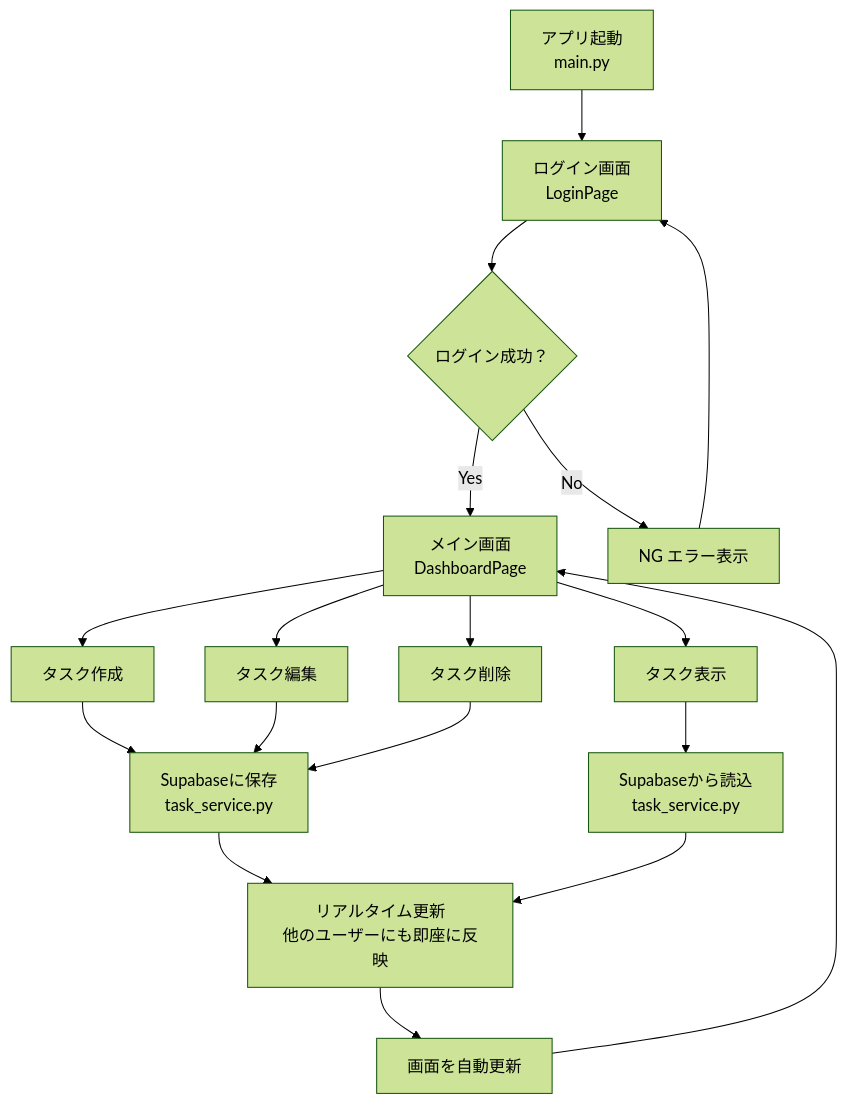
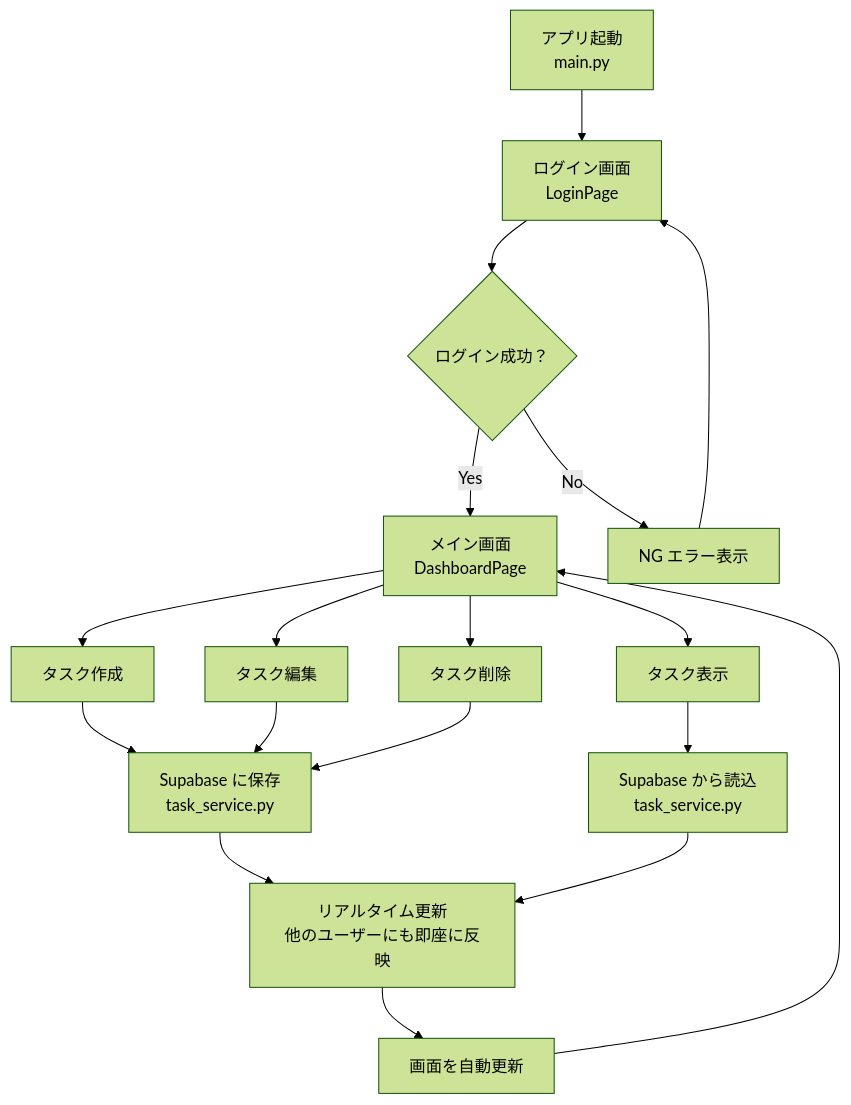
Before and after one commit to itdojp/supabase-architecture-patterns-book: the third of 4 diagrams in docs/chapters/chapter03/index.md, drawn with Mermaid (forest theme). The commit also changed other lines of this file and 31 other files, not shown here.

````diff
--- a/docs/chapters/chapter03/index.md
+++ b/docs/chapters/chapter03/index.md
@@ -381,23 +381,23 @@
 ```mermaid
 flowchart TD
     A[ アプリ起動<br/>main.py] --> B[ ログイン画面<br/>LoginPage]
     B --> C{ ログイン成功？}
     C -->|Yes| D[ メイン画面<br/>DashboardPage]
     C -->|No| E[NG エラー表示]
     E --> B
-    
+
     D --> F[ タスク作成]
     D --> G[ タスク表示]
     D --> H[ タスク編集]
     D --> I[ タスク削除]
-    
-    F --> J[ Supabaseに保存<br/>task_service.py]
-    G --> K[ Supabaseから読込<br/>task_service.py]
+
+    F --> J[ Supabase に保存<br/>task_service.py]
+    G --> K[ Supabase から読込<br/>task_service.py]
     H --> J
     I --> J
-    
+
     J --> L[ リアルタイム更新<br/>他のユーザーにも即座に反映]
     K --> L
     L --> M[ 画面を自動更新]
     M --> D
 ```
````
